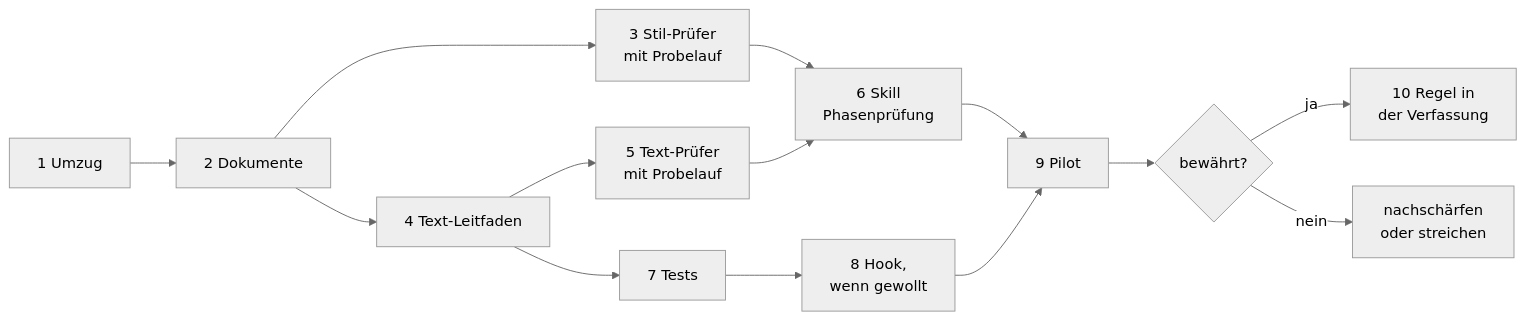
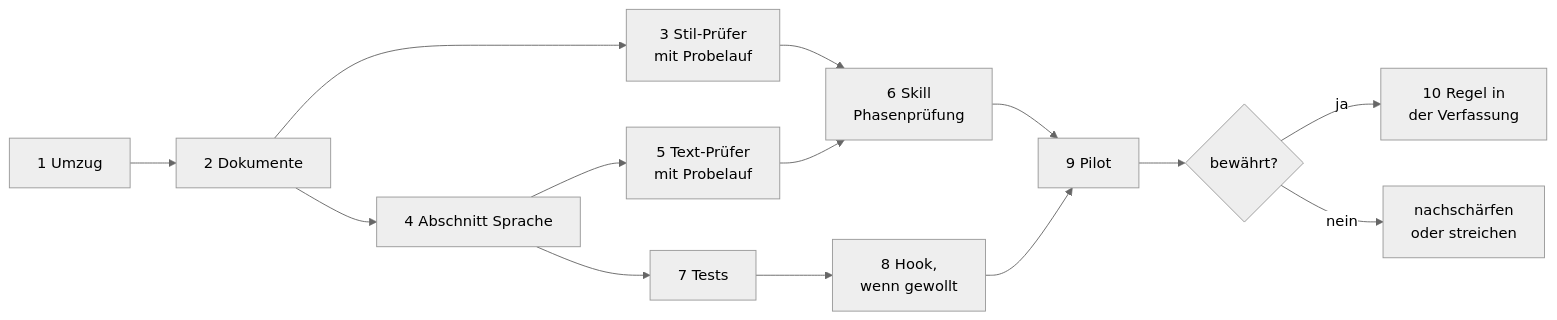
One commit to klausmoster/DerComputerladen changed the third of 3 diagrams in docs/ki_workflow/ki_pruefung.md. Above: the diagram before and after it, drawn with Mermaid (neutral theme). The commit also changed other lines of this file and 3 other files, not shown here.

First line of the commit message:
KI-Workflow Schritt 4: Abschnitt Sprache im Style-Guide

````diff
--- a/docs/ki_workflow/ki_pruefung.md
+++ b/docs/ki_workflow/ki_pruefung.md
@@ -252,14 +254,14 @@
 ```mermaid
 flowchart LR
     S1["1 Umzug"] --> S2["2 Dokumente"]
     S2 --> S3["3 Stil-Prüfer<br/>mit Probelauf"]
-    S2 --> S4["4 Text-Leitfaden"] --> S5["5 Text-Prüfer<br/>mit Probelauf"]
+    S2 --> S4["4 Abschnitt Sprache"] --> S5["5 Text-Prüfer<br/>mit Probelauf"]
     S3 --> S6["6 Skill<br/>Phasenprüfung"]
     S5 --> S6
     S4 --> S7["7 Tests"] --> S8["8 Hook,<br/>wenn gewollt"]
     S6 --> S9["9 Pilot"]
     S8 --> S9
     S9 --> E{"bewährt?"}
     E -->|"ja"| S10["10 Regel in<br/>der Verfassung"]
     E -->|"nein"| N["nachschärfen<br/>oder streichen"]
 ```
````
